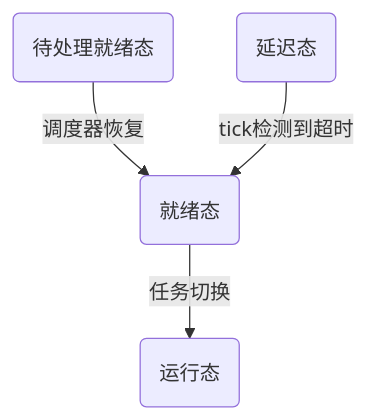
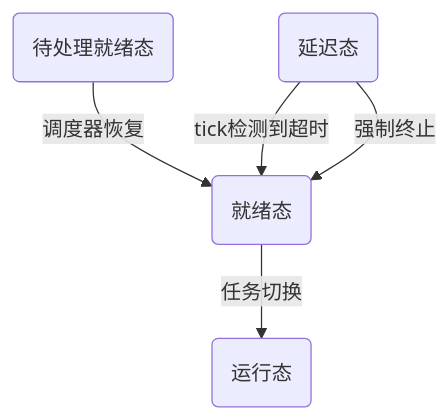
One commit to akai100/job_seek changed the first of 2 diagrams in 操作系统/FreeRtos/task.md. Above: the diagram before and after it, drawn with Mermaid. The commit also changed other lines of this file, not shown here.

````diff
--- a/操作系统/FreeRtos/task.md
+++ b/操作系统/FreeRtos/task.md
@@ -20,6 +20,7 @@
 ```mermaid
 graph TD
   A(就绪态) -->|任务切换| B(运行态)
   C(待处理就绪态) -->|调度器恢复| A(就绪态)
   D(延迟态)  -->|tick检测到超时| A(就绪态)
+  D(延迟态) -->|强制终止| A(就绪态)
 ```
````
